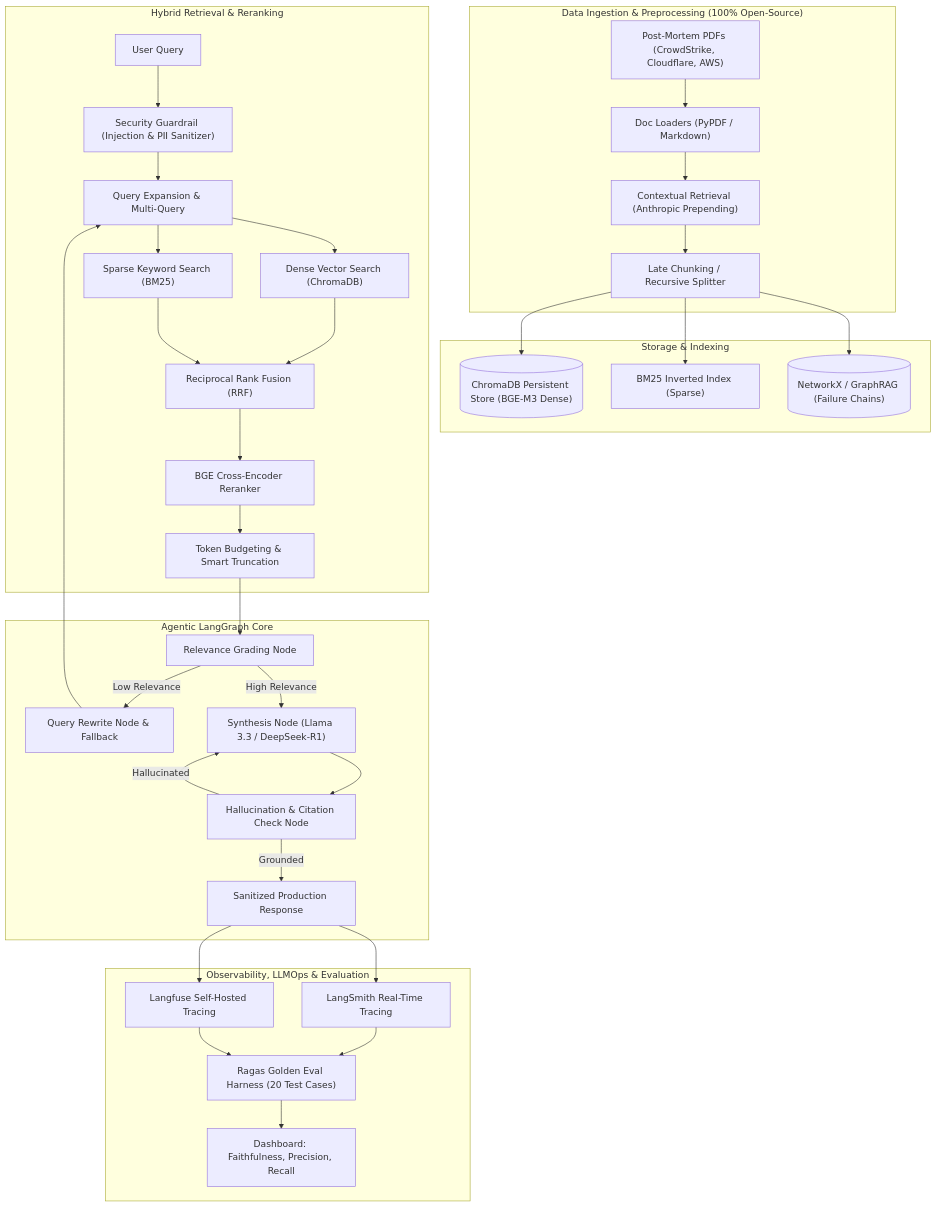
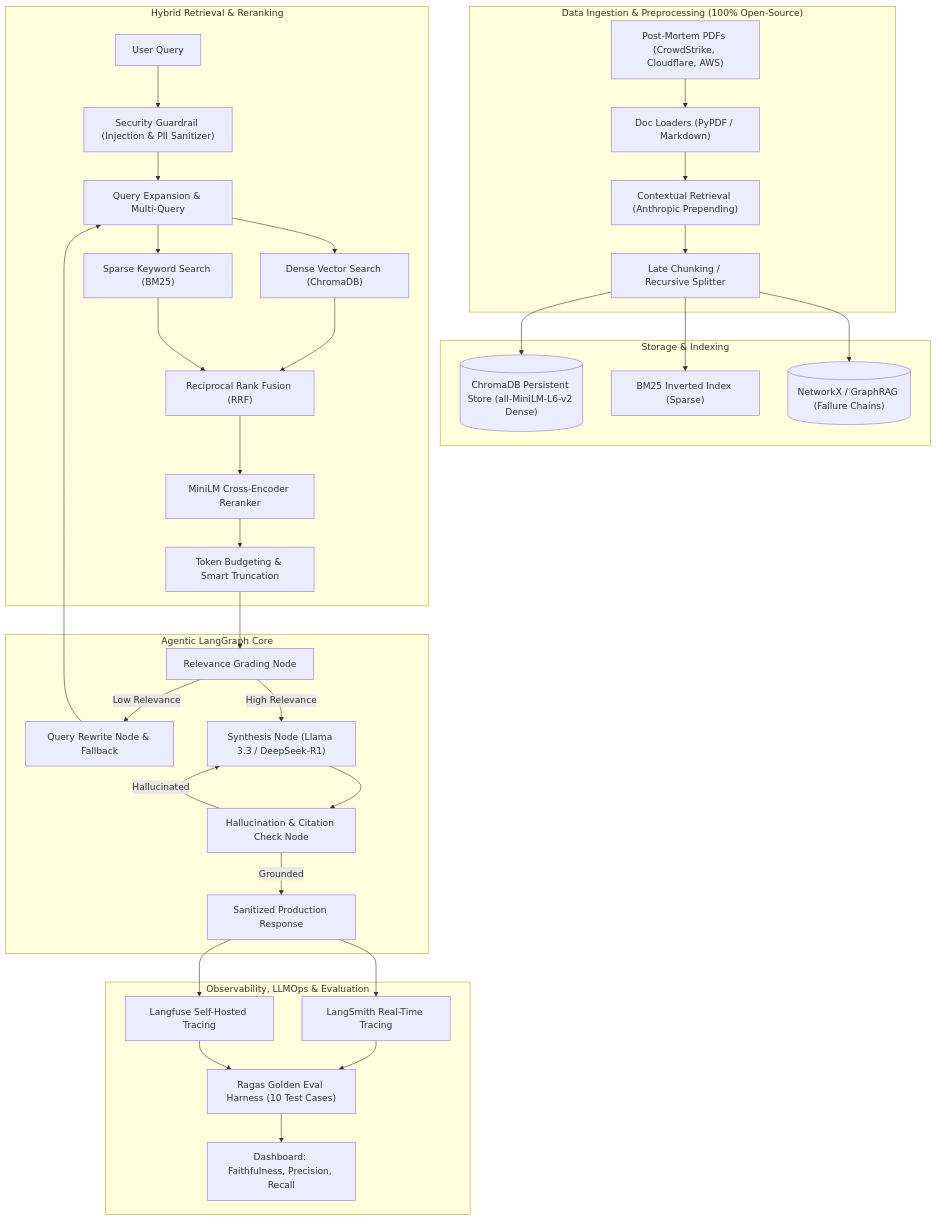
Before and after one commit to VaishnavAmbilpur/Incident-Lens: the first of 2 diagrams in docs/04_system_diagrams.md, drawn with Mermaid. The commit also changed other lines of this file and 156 other files, not shown here.

````diff
--- a/docs/04_system_diagrams.md
+++ b/docs/04_system_diagrams.md
@@ -10,43 +10,43 @@
 ```mermaid
 graph TD
     subgraph Data_Ingestion["Data Ingestion & Preprocessing (100% Open-Source)"]
         A1["Post-Mortem PDFs (CrowdStrike, Cloudflare, AWS)"] --> B1["Doc Loaders (PyPDF / Markdown)"]
         B1 --> C1["Contextual Retrieval (Anthropic Prepending)"]
         C1 --> D1["Late Chunking / Recursive Splitter"]
     end
 
     subgraph Storage_Indexing["Storage & Indexing"]
-        D1 --> E1[("ChromaDB Persistent Store (BGE-M3 Dense)")]
+        D1 --> E1[("ChromaDB Persistent Store (all-MiniLM-L6-v2 Dense)")]
         D1 --> E2["BM25 Inverted Index (Sparse)"]
         D1 --> E3[("NetworkX / GraphRAG (Failure Chains)")]
     end
 
     subgraph Hybrid_Retrieval["Hybrid Retrieval & Reranking"]
         Q["User Query"] --> F1["Security Guardrail (Injection & PII Sanitizer)"]
         F1 --> F2["Query Expansion & Multi-Query"]
         F2 --> G1["Dense Vector Search (ChromaDB)"]
         F2 --> G2["Sparse Keyword Search (BM25)"]
         G1 --> H1["Reciprocal Rank Fusion (RRF)"]
         G2 --> H1
-        H1 --> H2["BGE Cross-Encoder Reranker"]
+        H1 --> H2["MiniLM Cross-Encoder Reranker"]
         H2 --> H3["Token Budgeting & Smart Truncation"]
     end
 
     subgraph Agentic_Core["Agentic LangGraph Core"]
         H3 --> I1["Relevance Grading Node"]
         I1 -->|Low Relevance| I2["Query Rewrite Node & Fallback"]
         I2 --> F2
         I1 -->|High Relevance| I3["Synthesis Node (Llama 3.3 / DeepSeek-R1)"]
         I3 --> I4["Hallucination & Citation Check Node"]
         I4 -->|Hallucinated| I3
         I4 -->|Grounded| J1["Sanitized Production Response"]
     end
 
     subgraph Observability_LLMOps["Observability, LLMOps & Evaluation"]
         J1 --> K1["LangSmith Real-Time Tracing"]
         J1 --> K2["Langfuse Self-Hosted Tracing"]
-        K1 --> L1["Ragas Golden Eval Harness (20 Test Cases)"]
+        K1 --> L1["Ragas Golden Eval Harness (10 Test Cases)"]
         K2 --> L1
         L1 --> L2["Dashboard: Faithfulness, Precision, Recall"]
     end
 ```
````
